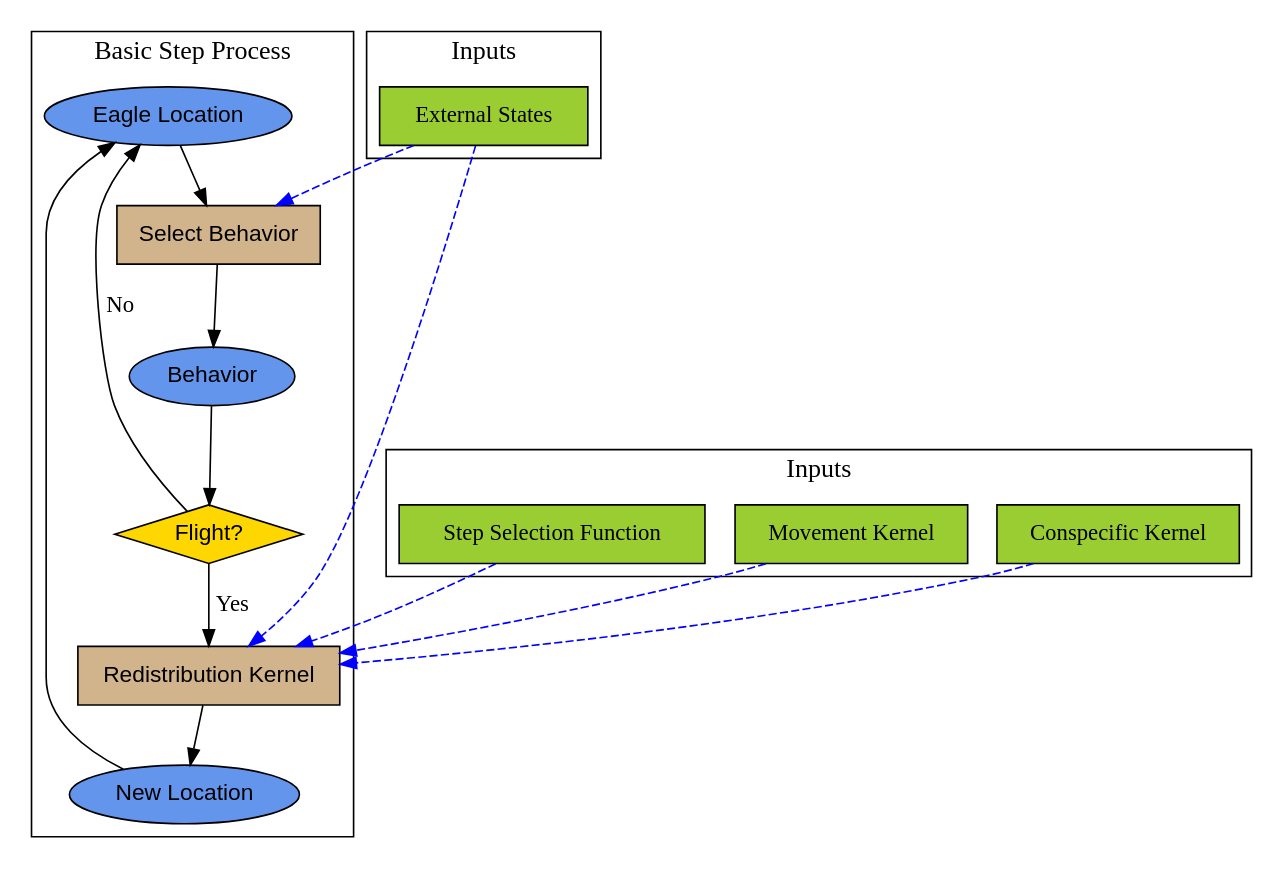
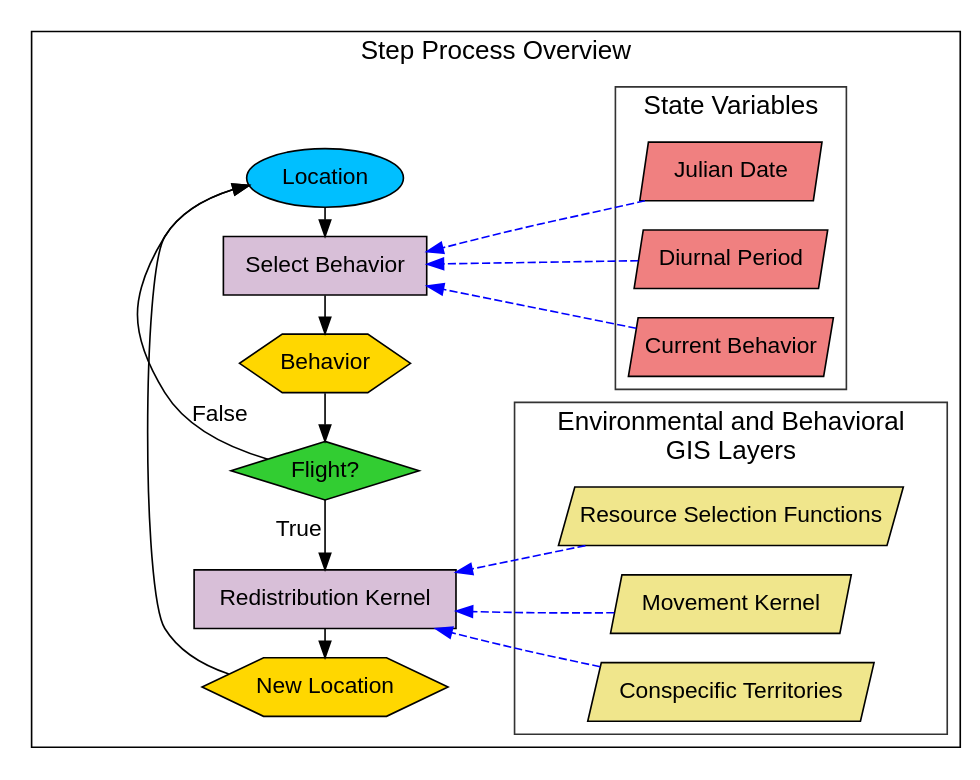
The diagram in R/Graphviz/IBM_Basic_Step_Overview.gv (Blakemassey/baea_ibm), drawn with Graphviz before and after one commit. The commit also changed 33 other files, not shown here.

Commit message:
A lot of updates. Mostly handling tables, maps, and diagrams.

```diff
--- a/R/Graphviz/IBM_Basic_Step_Overview.gv
+++ b/R/Graphviz/IBM_Basic_Step_Overview.gv
@@ -1,48 +1,111 @@
 digraph {
+  forcelabels=true;
+  rankdir = LR;
+  fontsize = 16
+  fontname = Helvetica
+  node [shape = oval, fontname = Helvetica, style = filled];
+  a01 [label = "Location", shape = oval, fillcolor = DeepSkyBlue];
+  a02 [label = "Select Behavior", shape = rectangle, fillcolor = Thistle];
+  a03 [label = "Behavior", shape = hexagon, fillcolor = Gold, margin =.05];
+  a04 [label = "Flight?", shape = diamond, fillcolor = LimeGreen];
+  a05 [label = "Redistribution Kernel", shape = rectangle, fillcolor = Thistle];
+  a06 [label = "New Location", shape = hexagon, fillcolor = Gold, margin=.05];
+  node [style = invis];
+  a07 ;
+  node [shape = polygon, style = filled, fillcolor = LightCoral,
+    fixedsize = true, margin = 0, skew = 0.1];
+  b01 [label = "Julian Date", width = 1.55];
+  b02 [label = "Diurnal Period", width = 1.65];
+  b03 [label = "Current Behavior", width = 1.75];
+  node [shape = polygon, style = filled, fillcolor = Khaki, fixedsize = true,
+    margin = 0, skew = 0.1];
+  c01 [label = "Resource Selection Functions", width = 2.95];
+  c02 [label = "Movement Kernel", width = 2.05];
+  c03 [label = "Conspecific Territories", width = 2.45];
   subgraph cluster_0 {
-    label = "Basic Step Process"
-    fontsize = "16"
-    node [fillcolor = CornflowerBlue, fontname = Helvetica, style = filled]
-      "Eagle Location", "Behavior", "New Location"
-    node [shape = rectangle, fillcolor = tan, fontname = Helvetica,
-      style = filled]
-      "Select Behavior", "Redistribution Kernel"
-    node[shape = diamond, fillcolor = Gold]
-      "Flight?"
+    label = "Step Process Overview"
+    a01, a02, a03, a04, a05, a06
+    edge[constraint = false, weight = 1000, fontsize = 14, fontname = Helvetica]
+      a04  -> a01[taillabel = "False", labeldistance = 4]
+    edge[constraint = false, weight = .1, fontsize = 14]
+      a06  -> a01
+    edge[style = invis, constraint = true]
+      a07 -> a03
+      a02 -> b01
+      a05 -> c02
+    edge[style = solid, minlen = 1, color = black, constraint = true, dir =back,
+        fontsize = 14, fontname = Helvetica]
+      a06 -> a05
+      a05 -> a04[headlabel = "True    ", labeldistance = 2]
+      a04 -> a03 -> a02 -> a01
+    subgraph cluster_1 {
+      label = "State Variables";
+      color = grey20;
+      b01, b02, b03;
+      edge[color = blue,  minlen = 0, constraint = false, style = dashed, dir = front];
+        {b01 b02 b03} -> a02
+    }
+    subgraph cluster_2 {
+      label = "Environmental and Behavioral \nGIS Layers";
+      color = grey20;
+      c01, c02, c03;
+      edge[color = blue, minlen = 0, constraint = false, style = dashed, dir = front];
+        {c01 c02 c03} -> a05
+    }
+    {
+      rank=same;
+      a01, a02, a03, a04, a05, a06
+    }
+  }
+}
 
-    edge [color = black]
-      "Eagle Location" -> "Select Behavior"
-      "Select Behavior" -> "Behavior"
-      "Behavior" -> "Flight?"
-      "Flight?" -> "Redistribution Kernel"[label = " Yes"]
-      "Redistribution Kernel" -> "New Location"
-      "Flight?" -> "Eagle Location"[label = " No"]
-      "New Location" -> "Eagle Location"
-
-  }
-
-  subgraph cluster_1 {
-    label = "Inputs"
-    fontsize = 16
-    node[shape = rounded, fillcolor = YellowGreen, style = filled]
-      "External States"
-
-    edge [color = blue, style = dashed]
-      "External States" -> "Select Behavior"
-  }
-
-  subgraph cluster_2 {
-    label = "Inputs"
-    fontsize = 16
-    node[shape = rounded, fillcolor = YellowGreen, style = filled]
-      "Step Selection Function", "Movement Kernel", "Conspecific Kernel"
-
-    edge [color = blue, style = dashed]
-      "External States" -> "Redistribution Kernel"
-      "Step Selection Function" -> "Redistribution Kernel"
-      "Movement Kernel" -> "Redistribution Kernel"
-      "Conspecific Kernel" -> "Redistribution Kernel"
-  }
-
-
-}
+//digraph {
+//  rankdir = TB
+//  subgraph cluster_0 {
+//    label = "Process Overview"
+//    fontsize = "16"
+//    node [fillcolor = DeepSkyBlue, fontname = Helvetica, style = filled]
+//      "Eagle Location", "New Location"
+//    node [fillcolor = Gold, fontname = Helvetica, style = filled]
+//      "Behavior"
+//    node [shape = rectangle, fillcolor = Thistle, fontname = Helvetica,
+//      style = filled]
+//      "Select Behavior", "Redistribution Kernel"
+//    subgraph cluster_1 {
+//      label = "State Variables"
+//      fontsize = 16;
+//      node[shape = rounded, fillcolor = LightCoral, style = filled]
+//        "Julian Date";
+//      node[shape = rounded, fillcolor = LightCoral, style = filled]
+//       "Daily Period";
+//      node[shape = rounded, fillcolor = LightCoral, style = filled]
+//        "Current Behavior";
+//      //edge[contstaint = false]
+      //  "Julian Date"->"Daily Period"
+      //"Daily Period"->"Current Behavior"
+//    }
+//    node[shape = diamond, fillcolor = LimeGreen]
+//      "Flight?"
+//    edge [color = black]
+//      "Eagle Location" -> "Select Behavior"
+//      "Select Behavior" -> "Behavior"
+//      "Behavior" -> "Flight?"
+//      "Flight?" -> "Redistribution Kernel"[label = " Yes"]
+//      "Redistribution Kernel" -> "New Location"
+//      "Flight?" -> "Eagle Location"[label = " No"]
+//      "New Location" -> "Eagle Location"
+//    subgraph cluster_2 {
+//      label = "Environmental and Behavioral \nGIS Layers"
+//      fontsize = 16
+//      node[shape = rounded, fillcolor = Khaki, style = filled]
+//      "Resource Selection Function", "Movement Kernel", "Conspecific Kernel"
+//    }
+//    edge[color = blue, style = dashed, weight = .5]
+//    "Julian Date" -> "Select Behavior"
+//    "Daily Period" -> "Select Behavior"
+//    "Current Behavior" -> "Select Behavior"
+//    "Resource Selection Function" -> "Redistribution Kernel"
+//    "Movement Kernel" -> "Redistribution Kernel"
+//    "Conspecific Kernel" -> "Redistribution Kernel";
+//  }
+//}
```
